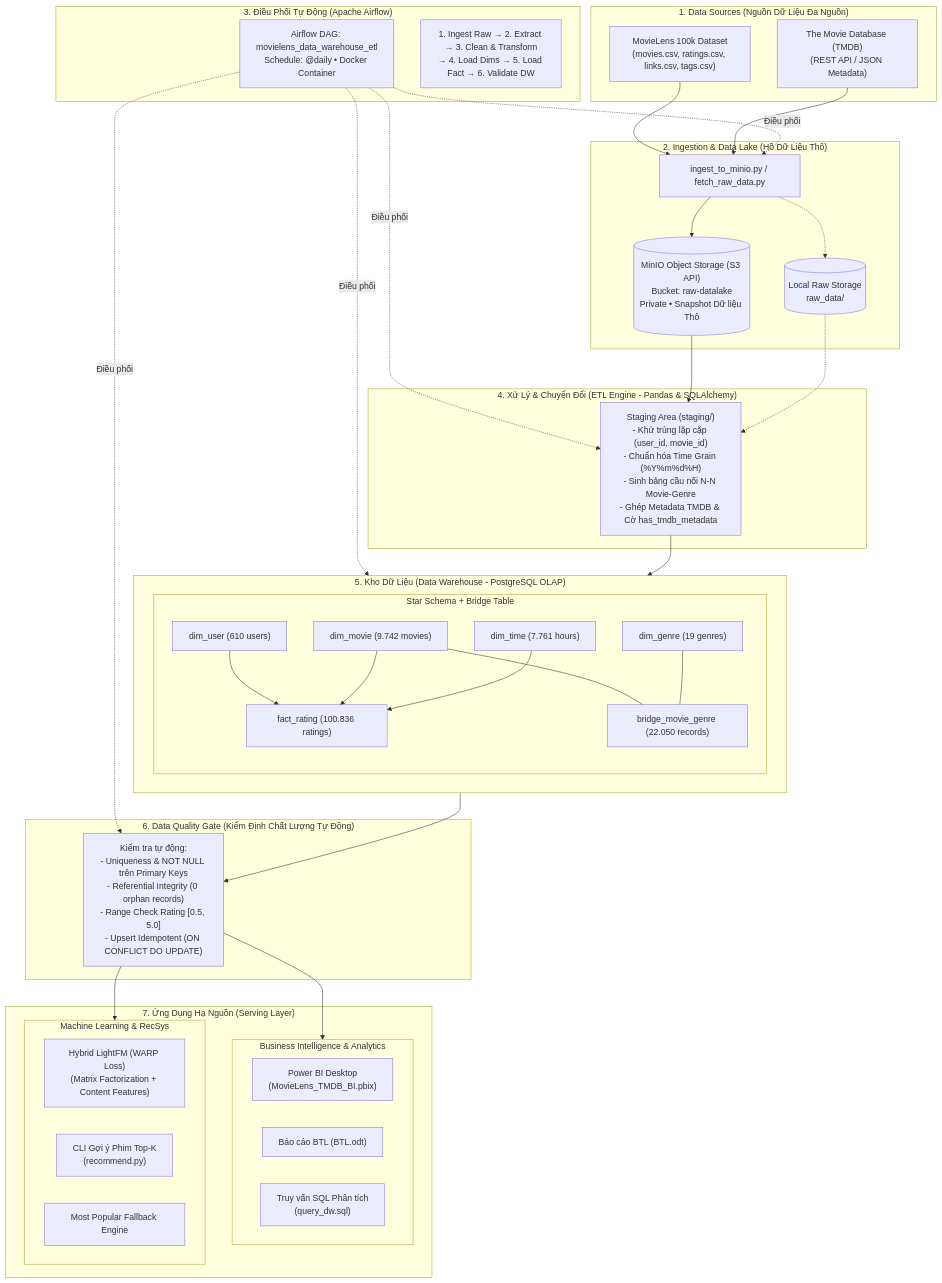
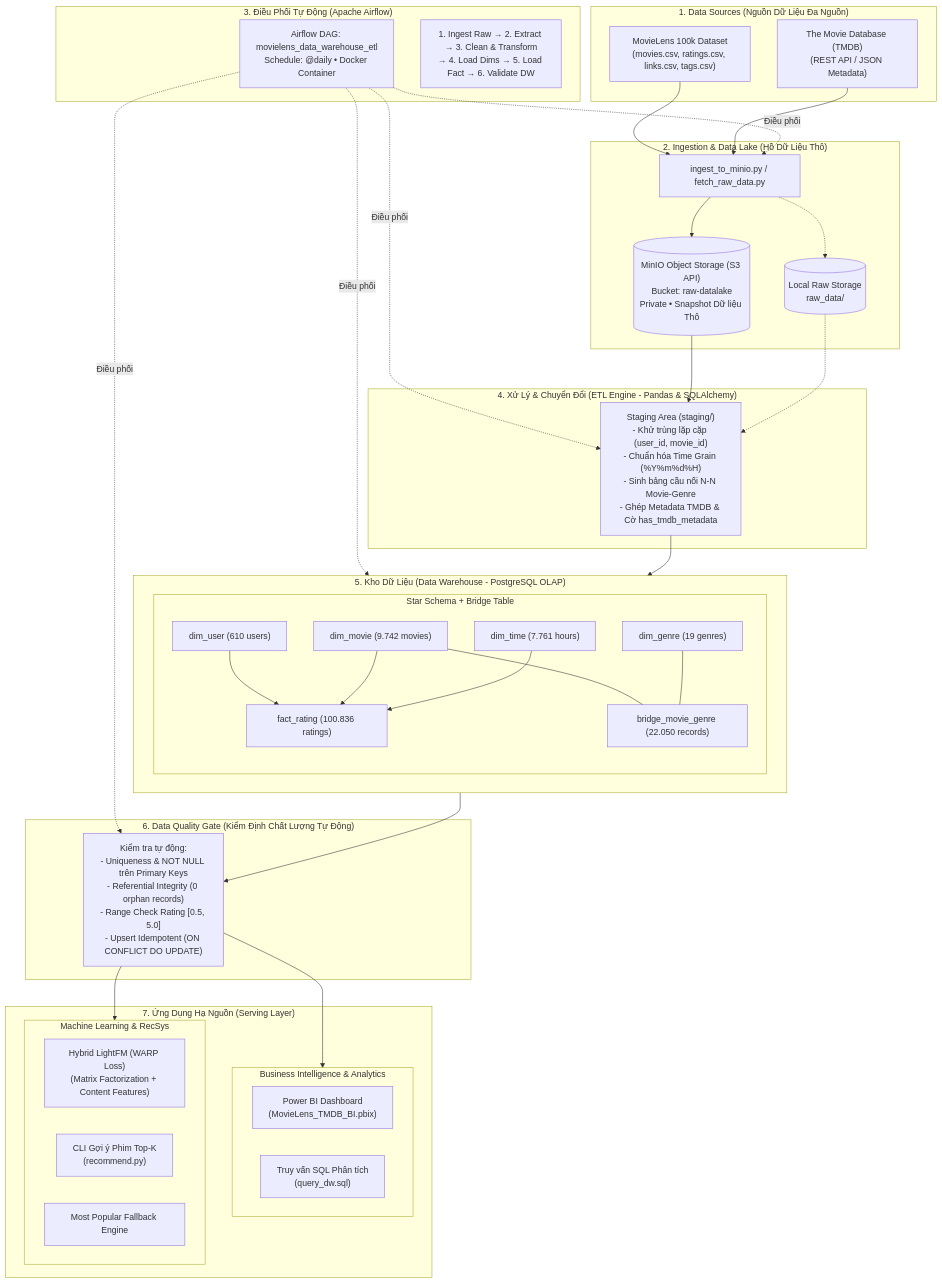
The first of 3 diagrams in README.md (Aizen2510/DATTA_CUOIKI), drawn with Mermaid before and after one commit. The commit also changed other lines of this file and 3 other files, not shown here.

Commit message:
chore: remove redundant preview files (data_preview.html, README_DATA_PREVIEW.md, BTL.odt) and clean up README references

````diff
--- a/README.md
+++ b/README.md
@@ -23,75 +23,74 @@
 ```mermaid
 flowchart TD
     subgraph SOURCELAYER ["1. Data Sources (Nguồn Dữ Liệu Đa Nguồn)"]
         ML["MovieLens 100k Dataset<br/>(movies.csv, ratings.csv, links.csv, tags.csv)"]
         TMDB["The Movie Database (TMDB)<br/>(REST API / JSON Metadata)"]
     end
 
     subgraph INGESTLAYER ["2. Ingestion & Data Lake (Hồ Dữ Liệu Thô)"]
         INGEST["ingest_to_minio.py / fetch_raw_data.py"]
         MINIO[("MinIO Object Storage (S3 API)<br/>Bucket: raw-datalake<br/>Private • Snapshot Dữ liệu Thô")]
         RAW_LOCAL[("Local Raw Storage<br/>raw_data/")]
     end
 
     subgraph ORCHESTRATION ["3. Điều Phối Tự Động (Apache Airflow)"]
         AF_DAG["Airflow DAG: movielens_data_warehouse_etl<br/>Schedule: @daily • Docker Container"]
         AF_TASKS["1. Ingest Raw → 2. Extract → 3. Clean & Transform<br/>→ 4. Load Dims → 5. Load Fact → 6. Validate DW"]
     end
 
     subgraph ETLLAYER ["4. Xử Lý & Chuyển Đổi (ETL Engine - Pandas & SQLAlchemy)"]
         STAGING["Staging Area (staging/)<br/>- Khử trùng lặp cặp (user_id, movie_id)<br/>- Chuẩn hóa Time Grain (%Y%m%d%H)<br/>- Sinh bảng cầu nối N-N Movie-Genre<br/>- Ghép Metadata TMDB & Cờ has_tmdb_metadata"]
     end
 
     subgraph DWLAYER ["5. Kho Dữ Liệu (Data Warehouse - PostgreSQL OLAP)"]
         subgraph STAR_SCHEMA ["Star Schema + Bridge Table"]
             DU["dim_user (610 users)"]
             DM["dim_movie (9.742 movies)"]
             DG["dim_genre (19 genres)"]
             BMG["bridge_movie_genre (22.050 records)"]
             DT["dim_time (7.761 hours)"]
             FR["fact_rating (100.836 ratings)"]
         end
     end
 
     subgraph DQLAYER ["6. Data Quality Gate (Kiểm Định Chất Lượng Tự Động)"]
         DQ["Kiểm tra tự động:<br/>- Uniqueness & NOT NULL trên Primary Keys<br/>- Referential Integrity (0 orphan records)<br/>- Range Check Rating [0.5, 5.0]<br/>- Upsert Idempotent (ON CONFLICT DO UPDATE)"]
     end
 
     subgraph SERVINGLAYER ["7. Ứng Dụng Hạ Nguồn (Serving Layer)"]
         subgraph BI_ANALYTICS ["Business Intelligence & Analytics"]
-            PBI["Power BI Desktop<br/>(MovieLens_TMDB_BI.pbix)"]
-            REPORT["Báo cáo BTL (BTL.odt)"]
+            PBI["Power BI Dashboard<br/>(MovieLens_TMDB_BI.pbix)"]
             SQL_QUERY["Truy vấn SQL Phân tích<br/>(query_dw.sql)"]
         end
         subgraph ML_RECSYS ["Machine Learning & RecSys"]
             LFM["Hybrid LightFM (WARP Loss)<br/>(Matrix Factorization + Content Features)"]
             CLI["CLI Gợi ý Phim Top-K<br/>(recommend.py)"]
             BASELINE["Most Popular Fallback Engine"]
         end
     end
 
     %% Luồng dữ liệu (Data Flow)
     ML --> INGEST
     TMDB --> INGEST
     INGEST --> MINIO
     INGEST -.-> RAW_LOCAL
 
     AF_DAG -.->|Điều phối| INGEST
     AF_DAG -.->|Điều phối| STAGING
     AF_DAG -.->|Điều phối| DWLAYER
     AF_DAG -.->|Điều phối| DQ
 
     MINIO --> STAGING
     RAW_LOCAL -.-> STAGING
     STAGING --> DWLAYER
     DWLAYER --> DQ
 
     DU --> FR
     DM --> FR
     DT --> FR
     DM --- BMG
     DG --- BMG
 
     DQ --> BI_ANALYTICS
     DQ --> ML_RECSYS
 ```
````
